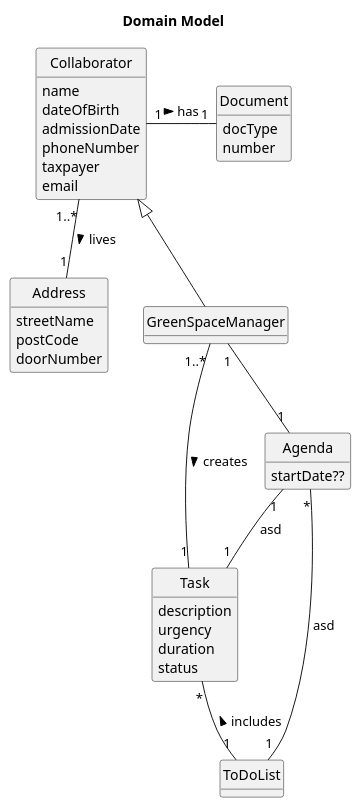
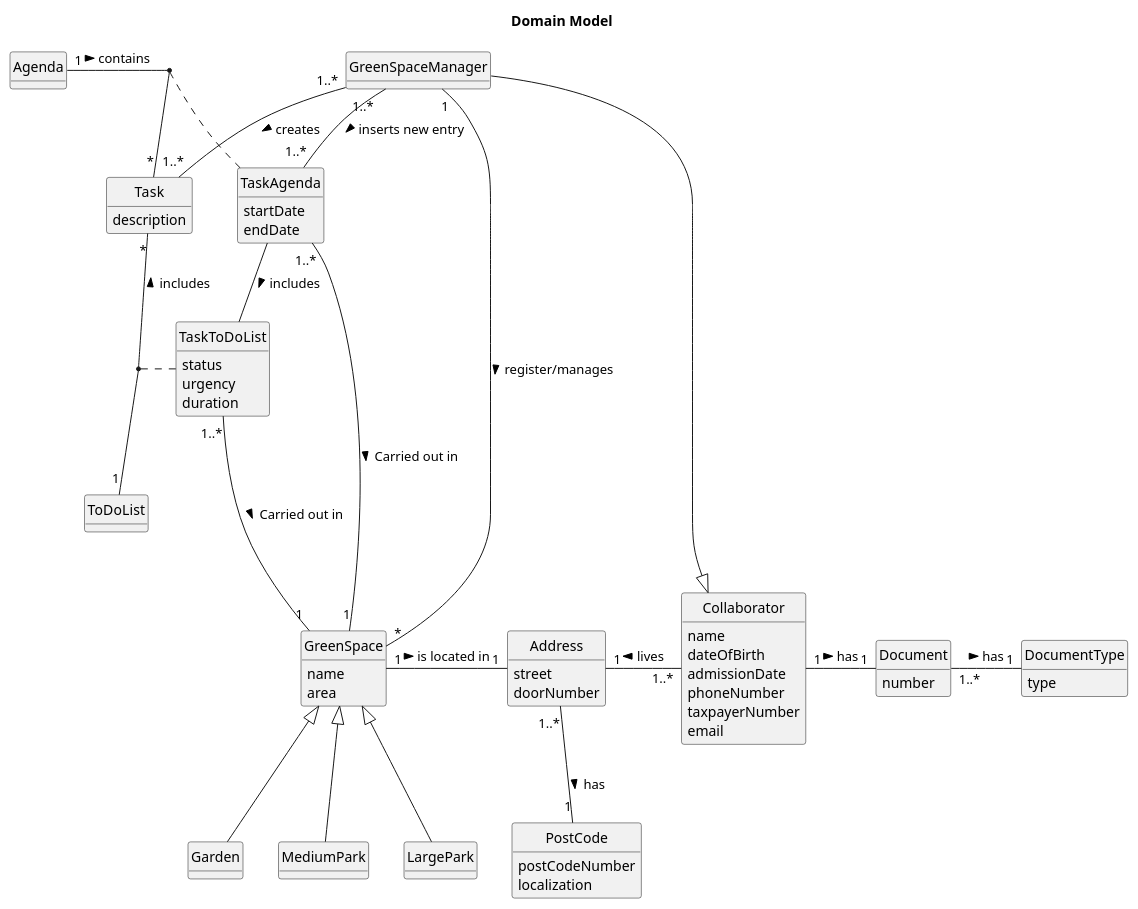
One commit to Departamento-de-Engenharia-Informatica/lei-24-s2-1db-g022 changed the diagram in docs/sprint3/us22/02.analysis/puml/us22-domain-model.puml. Above: the diagram before and after it, drawn with PlantUML.

Commit message:
us22-analysis
us22-add-new-entry-in-agenda domain model complete

```diff
--- a/docs/sprint3/us22/02.analysis/puml/us22-domain-model.puml
+++ b/docs/sprint3/us22/02.analysis/puml/us22-domain-model.puml
@@ -1,66 +1,109 @@
 @startuml
 skinparam monochrome true
 skinparam packageStyle rectangle
 skinparam shadowing false
 skinparam classAttributeIconSize 0
 hide circle
 hide methods
 
 title Domain Model
 
 class Collaborator {
     name
     dateOfBirth
     admissionDate
     phoneNumber
-    taxpayer
+    taxpayerNumber
     email
 }
 
 class Document{
-    docType
     number
 }
 
+class DocumentType{
+    type
+}
+
 class Address {
-    streetName
-    postCode
+    street
     doorNumber
+}
+
+class PostCode{
+    postCodeNumber
+    localization
 }
 
 class GreenSpaceManager {
 }
 
+class GreenSpace {
+    name
+    area
+}
+
+class Garden {
+}
+
+class MediumPark {
+}
+
+class LargePark {
+}
+
 class ToDoList {
+}
+
+class TaskToDoList{
+    status
+    urgency
+    duration
+}
+
+class TaskAgenda{
+    startDate
+    endDate
 }
 
 class Task {
     description
-    urgency
-    duration
-    status
-
 }
 
-class Agenda {
-    startDate??
+class Agenda{
 }
 
+Address "1..*" -- "1" PostCode : has >
+
+Document "1..*" - "1" DocumentType : has >
+
+'-------------Collaborator-------------
 Collaborator "1" - "1" Document : has >
-Collaborator "1..*" -- "1" Address : lives >
-Collaborator  <|--  GreenSpaceManager
+GreenSpaceManager  -|>  Collaborator
+Address "1" - "1..*" Collaborator : lives <
 
-GreenSpaceManager "1..*" -- "1" Task : creates >
-GreenSpaceManager "1" -- "1" Agenda
+'-------------GreenSpaceManager-------------
+GreenSpaceManager "1" - "*" GreenSpace : register/manages >
+GreenSpaceManager "1..*" -- "1..*" Task : creates >
+GreenSpaceManager "1..*" - "1..*" TaskAgenda : inserts new entry >
+
+'-------------GreenSpace-------------
+GreenSpace "1" - "1" Address : is located in >
+GreenSpace <|-- Garden
+GreenSpace <|-- MediumPark
+GreenSpace <|-- LargePark
+
+'-------------Task-------------
+TaskAgenda "1..*" ---- "1" GreenSpace :  Carried out in  >
+TaskToDoList "1..*" --- "1" GreenSpace :  Carried out in  >
 
 Task "*" -- "1" ToDoList : includes <
 
-Agenda "*" -- "1" ToDoList : asd
-
-Agenda "1" -- "1" Task : asd
+Agenda "1" - "*" Task : contains >
 
 
+(Task,ToDoList) .. TaskToDoList
+(Task,Agenda) .. TaskAgenda
 
-
-
+TaskAgenda - TaskToDoList : includes >
 @enduml
```
